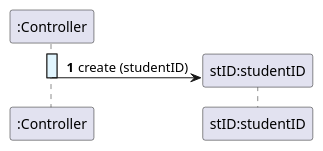
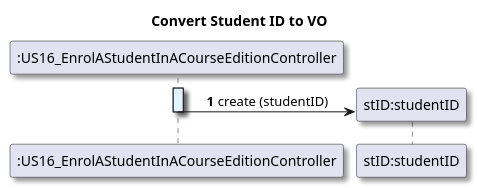
The diagram in docs/US16/references/US16_DDD_convertStudentIDToVO.puml (GasparISEP/DevOps-PAI), drawn with PlantUML before and after one commit. The commit also changed 10 other files, not shown here.

Commit message:
docs(sequence-diagram): minor adjustments to course edition enrolment functionality SD #359, Closes #382, Closes #313, Closes #398

```diff
--- a/docs/US16/references/US16_DDD_convertStudentIDToVO.puml
+++ b/docs/US16/references/US16_DDD_convertStudentIDToVO.puml
@@ -1,15 +1,18 @@
 @startuml
+title Convert Student ID to VO
+autonumber
 skinparam {
   ActivityPadding 2
   ActivityMargin 2
   BoxPadding 2
 }
 skinparam defaultTextAlignment center
-autonumber
+skinparam shadowing true
 
-activate ":Controller" #E1F5FE
+
+activate ":US16_EnrolAStudentInACourseEditionController" #E1F5FE
 create "stID:studentID"
-":Controller" -> "stID:studentID": create (studentID)
+":US16_EnrolAStudentInACourseEditionController" -> "stID:studentID": create (studentID)
 
-deactivate ":Controller"
+deactivate ":US16_EnrolAStudentInACourseEditionController"
 @enduml
```
